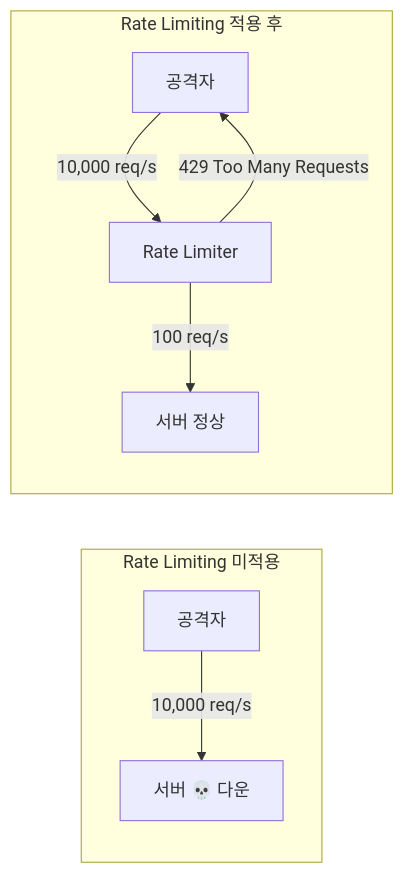
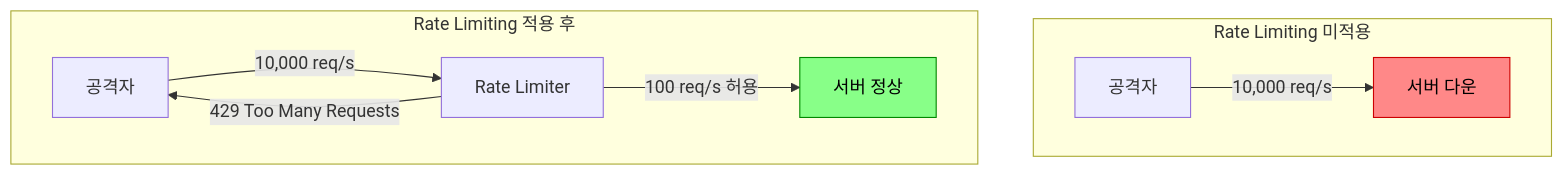
One commit to yjkim2015/yjkim2015.github.io changed the first of 13 diagrams in _posts/spring/2026-05-01-rate-limiting.md. Above: the diagram before and after it, drawn with Mermaid. The commit also changed other lines of this file and 92 other files, not shown here.

First line of the commit message:
Major quality rewrite: 98 files, Mermaid fix, extreme-scenario component

````diff
--- a/_posts/spring/2026-05-01-rate-limiting.md
+++ b/_posts/spring/2026-05-01-rate-limiting.md
@@ -22,11 +23,13 @@
-<div class="mermaid">
-graph LR
+```mermaid
+graph TD
     subgraph BEFORE["Rate Limiting 미적용"]
-        A1[공격자] -->|"10,000 req/s"| S1["서버 💀 다운"]
+        A1["공격자"] -->|"10,000 req/s"| S1["서버 다운"]
     end
     subgraph AFTER["Rate Limiting 적용 후"]
-        A2[공격자] -->|"10,000 req/s"| RL[Rate Limiter]
-        RL -->|"100 req/s"| S2[서버 정상]
+        A2["공격자"] -->|"10,000 req/s"| RL["Rate Limiter"]
+        RL -->|"100 req/s 허용"| S2["서버 정상"]
         RL -->|"429 Too Many Requests"| A2
     end
-</div>
+    style S1 fill:#f88,stroke:#c00,color:#000
+    style S2 fill:#8f8,stroke:#080,color:#000
+```
````
